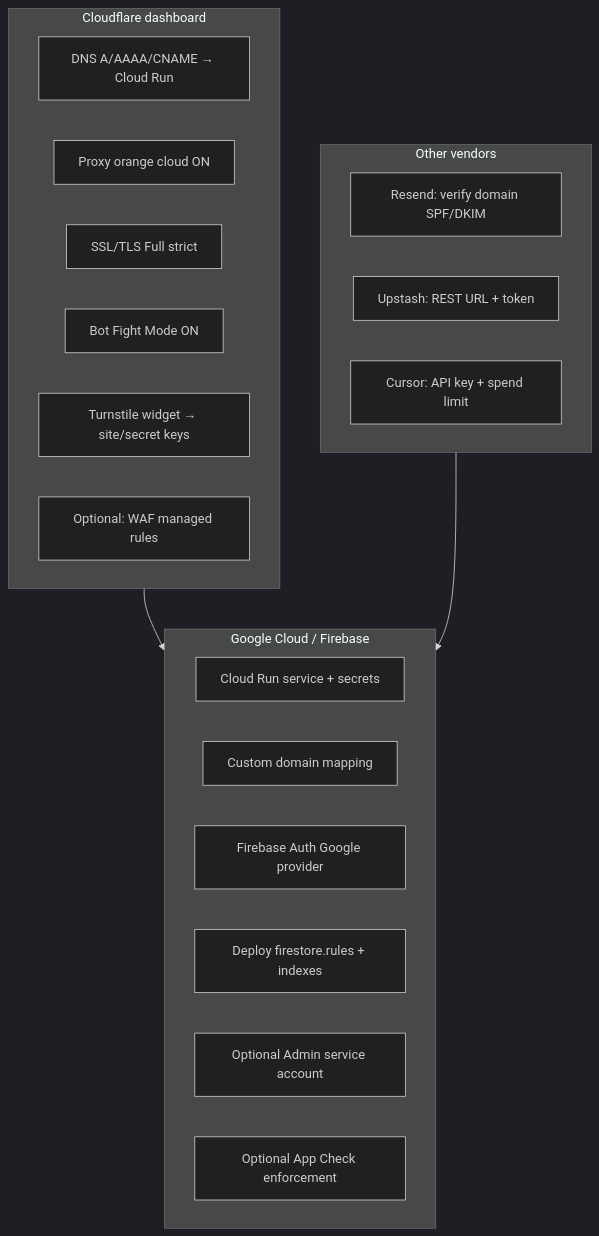
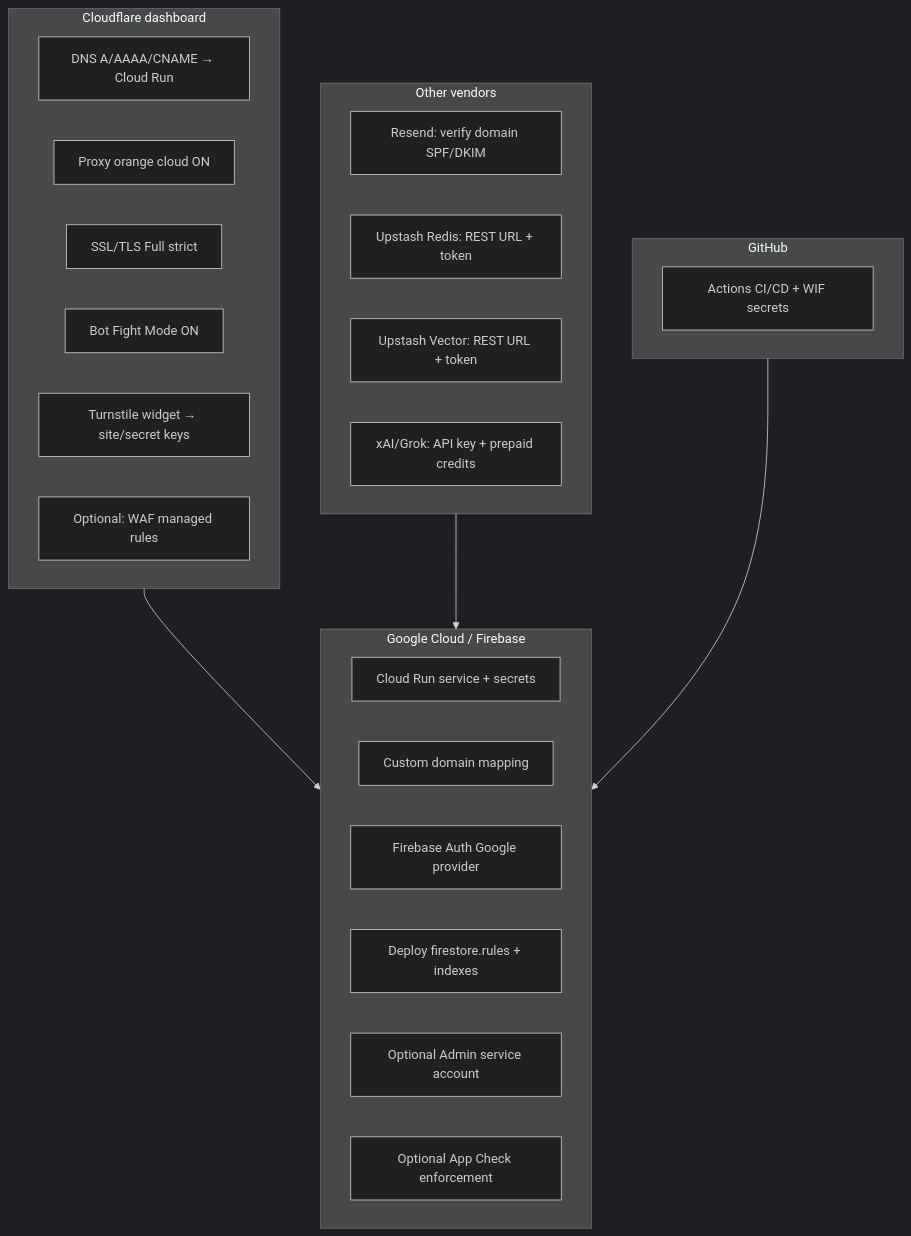
The fourth of 5 diagrams in docs/EXTERNAL_TOOLS_AND_COSTS.md (mosufyan/sufyan-portfolio), drawn with Mermaid (dark theme) before and after one commit. The commit also changed other lines of this file and 78 other files, not shown here.

First line of the commit message:
feat: ship Grok+Vector chat, CI security gates, and v1.0.0 hardening

````diff
--- a/docs/EXTERNAL_TOOLS_AND_COSTS.md
+++ b/docs/EXTERNAL_TOOLS_AND_COSTS.md
@@ -279,29 +303,35 @@
 ```mermaid
 flowchart TD
   subgraph Cloudflare["Cloudflare dashboard"]
     D1[DNS A/AAAA/CNAME → Cloud Run]
     D2[Proxy orange cloud ON]
     D3[SSL/TLS Full strict]
     D4[Bot Fight Mode ON]
     D5[Turnstile widget → site/secret keys]
     D6[Optional: WAF managed rules]
   end
 
   subgraph GCP["Google Cloud / Firebase"]
     G1[Cloud Run service + secrets]
     G2[Custom domain mapping]
     G3[Firebase Auth Google provider]
     G4[Deploy firestore.rules + indexes]
     G5[Optional Admin service account]
     G6[Optional App Check enforcement]
   end
 
   subgraph Vendors["Other vendors"]
     V1[Resend: verify domain SPF/DKIM]
-    V2[Upstash: REST URL + token]
-    V3[Cursor: API key + spend limit]
+    V2[Upstash Redis: REST URL + token]
+    V3[Upstash Vector: REST URL + token]
+    V4[xAI/Grok: API key + prepaid credits]
+  end
+
+  subgraph GitHub["GitHub"]
+    H1[Actions CI/CD + WIF secrets]
   end
 
   Cloudflare --> GCP
   Vendors --> GCP
+  GitHub --> GCP
 ```
````
